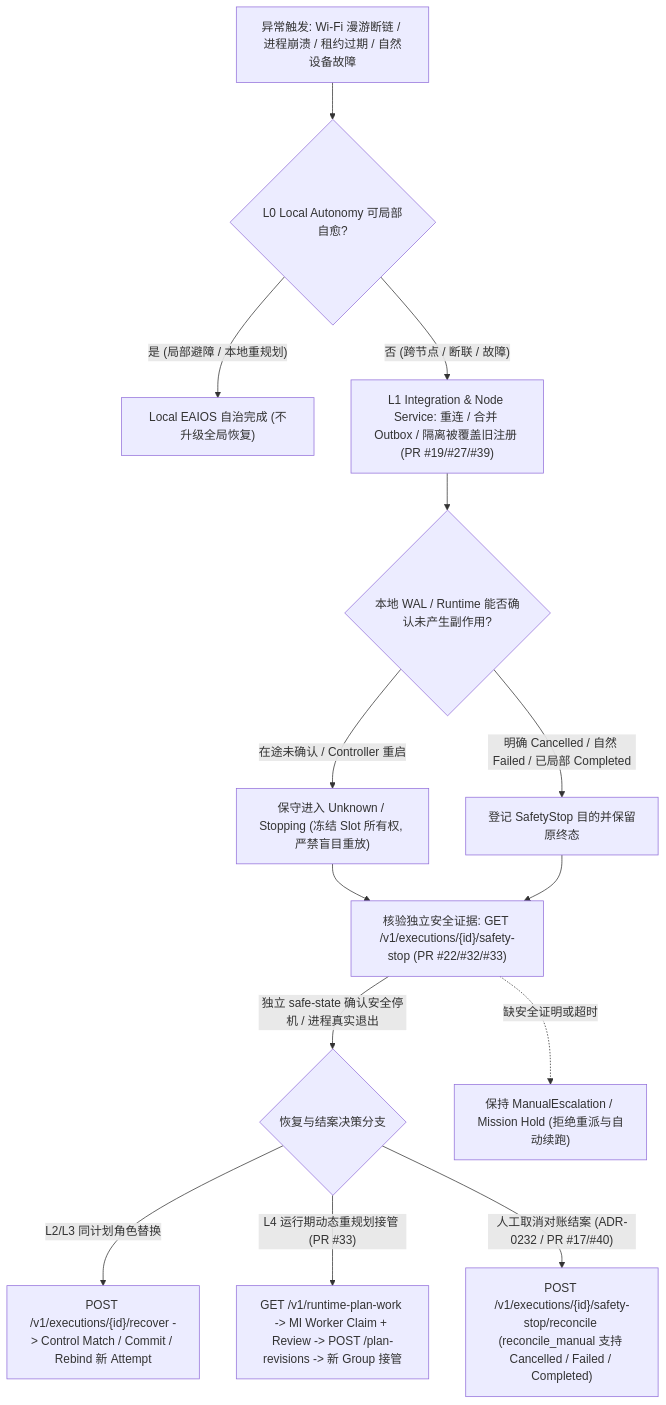
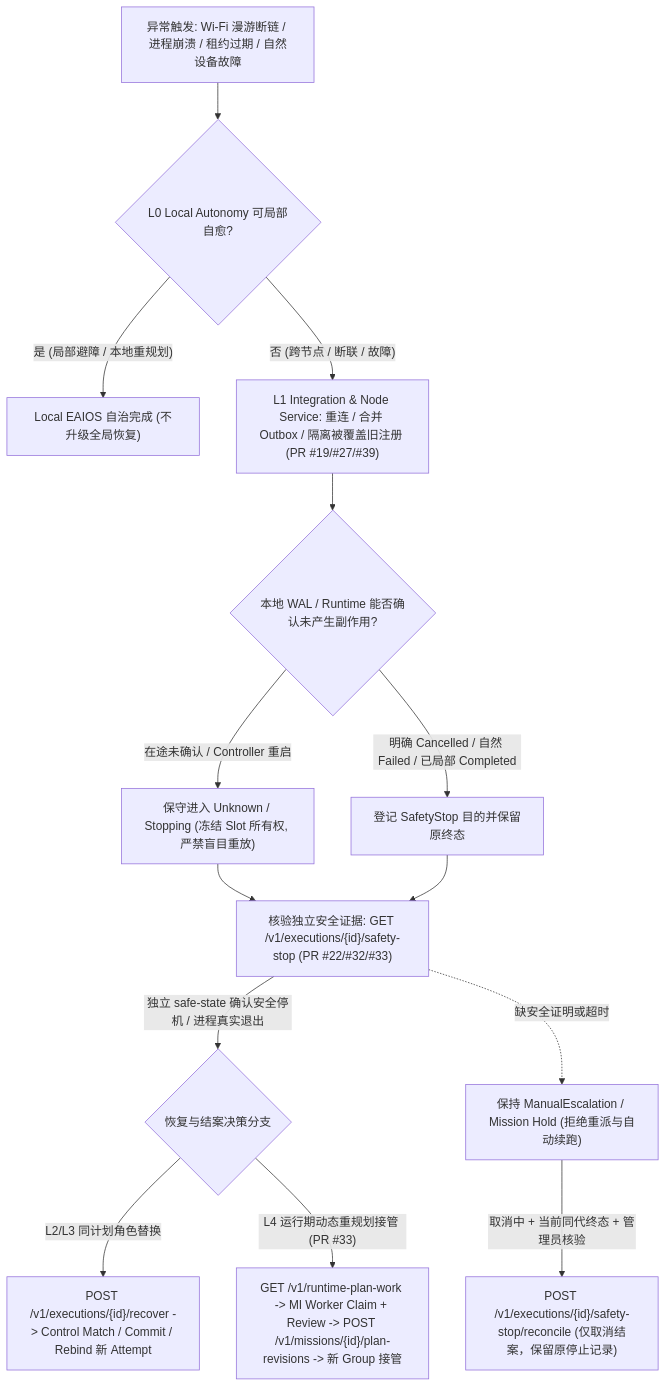
The fifth of 5 diagrams in docs/architecture/v2/system-dataflows.md (Farewell-CK/RoboGuide), drawn with Mermaid before and after one commit. The commit also changed other lines of this file and 8 other files, not shown here.

````diff
--- a/docs/architecture/v2/system-dataflows.md
+++ b/docs/architecture/v2/system-dataflows.md
@@ -179,20 +179,20 @@
 ```mermaid
 flowchart TB
   FAULT["异常触发: Wi-Fi 漫游断链 / 进程崩溃 / 租约过期 / 自然设备故障"] --> L0{"L0 Local Autonomy 可局部自愈?"}
   L0 -->|"是 (局部避障 / 本地重规划)"| LOCAL_OK["Local EAIOS 自治完成 (不升级全局恢复)"]
   L0 -->|"否 (跨节点 / 断联 / 故障)"| L1["L1 Integration & Node Service: 重连 / 合并 Outbox / 隔离被覆盖旧注册 (PR #19/#27/#39)"]
 
   L1 --> AMBIG{"本地 WAL / Runtime 能否确认未产生副作用?"}
   AMBIG -->|"在途未确认 / Controller 重启"| UNK["保守进入 Unknown / Stopping (冻结 Slot 所有权, 严禁盲目重放)"]
   AMBIG -->|"明确 Cancelled / 自然 Failed / 已局部 Completed"| STOP_WAIT["登记 SafetyStop 目的并保留原终态"]
 
   UNK --> SAFE_OBS["核验独立安全证据: GET /v1/executions/{id}/safety-stop (PR #22/#32/#33)"]
   STOP_WAIT --> SAFE_OBS
 
   SAFE_OBS -->|"独立 safe-state 确认安全停机 / 进程真实退出"| BRANCH{"恢复与结案决策分支"}
   SAFE_OBS -.->|"缺安全证明或超时"| HOLD["保持 ManualEscalation / Mission Hold (拒绝重派与自动续跑)"]
 
   BRANCH -->|"L2/L3 同计划角色替换"| RECOVER["POST /v1/executions/{id}/recover -> Control Match / Commit / Rebind 新 Attempt"]
-  BRANCH -->|"L4 运行期动态重规划接管 (PR #33)"| REV["GET /v1/runtime-plan-work -> MI Worker Claim + Review -> POST /plan-revisions -> 新 Group 接管"]
-  BRANCH -->|"人工取消对账结案 (ADR-0232 / PR #17/#40)"| SETTLE["POST /v1/executions/{id}/safety-stop/reconcile (reconcile_manual 支持 Cancelled / Failed / Completed)"]
+  BRANCH -->|"L4 运行期动态重规划接管 (PR #33)"| REV["GET /v1/runtime-plan-work -> MI Worker Claim + Review -> POST /v1/missions/{id}/plan-revisions -> 新 Group 接管"]
+  HOLD -->|"取消中 + 当前同代终态 + 管理员核验"| SETTLE["POST /v1/executions/{id}/safety-stop/reconcile (仅取消结案，保留原停止记录)"]
 ```
````
